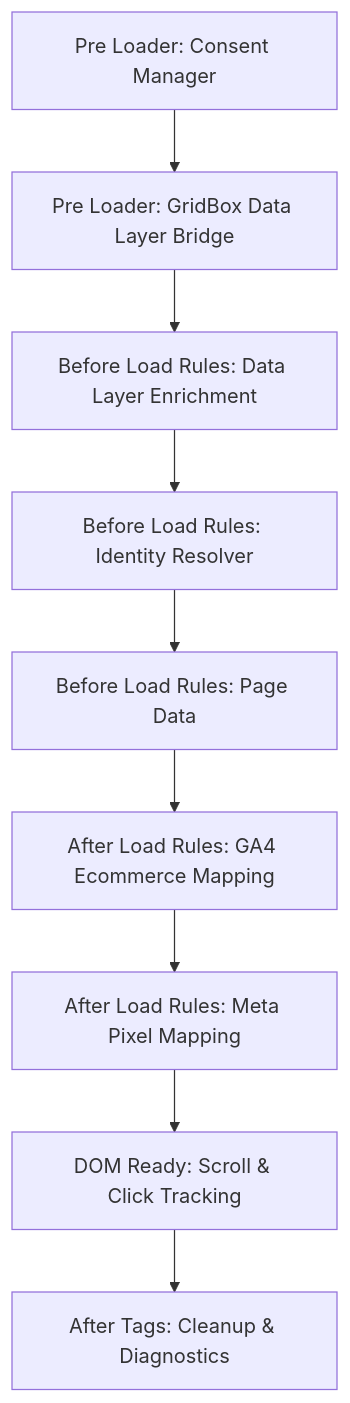
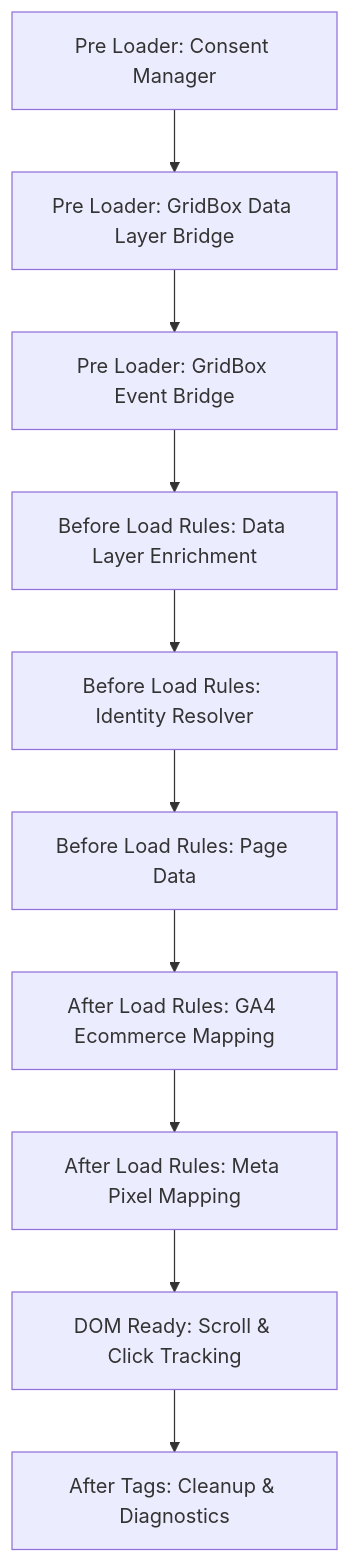
One commit to Mr-orchestrator/tealium-extensions changed the diagram in docs/execution-flow.md. Above: the diagram before and after it, drawn with Mermaid. The commit also changed other lines of this file and 8 other files, not shown here.

First line of the commit message:
Add GridBox Event Bridge: forward interaction + data-track element events to utag.link

````diff
--- a/docs/execution-flow.md
+++ b/docs/execution-flow.md
@@ -22,20 +23,22 @@
 ```mermaid
 flowchart TD
   E1["Pre Loader: Consent Manager"]
   E2["Pre Loader: GridBox Data Layer Bridge"]
   E1 --> E2
+  E3["Pre Loader: GridBox Event Bridge"]
+  E2 --> E3
   E10["Before Load Rules: Data Layer Enrichment"]
-  E2 --> E10
+  E3 --> E10
   E11["Before Load Rules: Identity Resolver"]
   E10 --> E11
   E12["Before Load Rules: Page Data"]
   E11 --> E12
   E20["After Load Rules: GA4 Ecommerce Mapping"]
   E12 --> E20
   E22["After Load Rules: Meta Pixel Mapping"]
   E20 --> E22
   E30["DOM Ready: Scroll & Click Tracking"]
   E22 --> E30
   E40["After Tags: Cleanup & Diagnostics"]
   E30 --> E40
 ```
````
